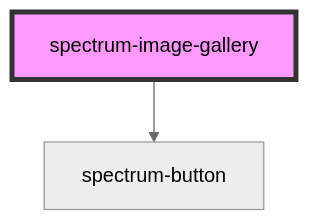
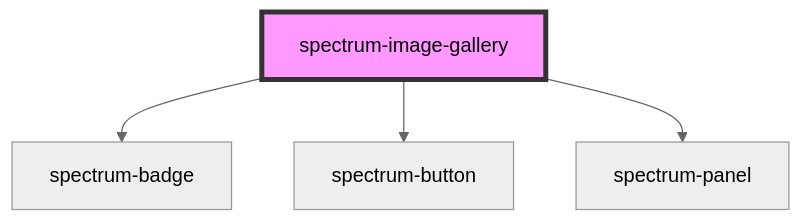
The diagram in packages/core/src/components/spectrum-image-gallery/readme.md (emamirelar/spectrum), drawn with Mermaid (neutral theme) before and after one commit. The commit also changed other lines of this file and 41 other files, not shown here.

````diff
--- a/packages/core/src/components/spectrum-image-gallery/readme.md
+++ b/packages/core/src/components/spectrum-image-gallery/readme.md
@@ -285,5 +49,7 @@
 ```mermaid
 graph TD;
+  spectrum-image-gallery --> spectrum-badge
   spectrum-image-gallery --> spectrum-button
+  spectrum-image-gallery --> spectrum-panel
   style spectrum-image-gallery fill:#f9f,stroke:#333,stroke-width:4px
 ```
````
